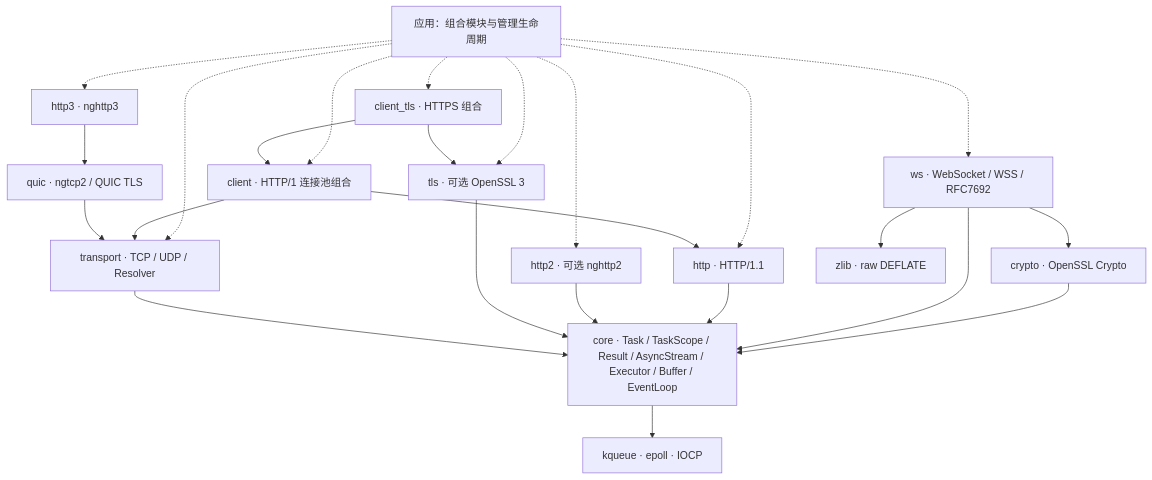
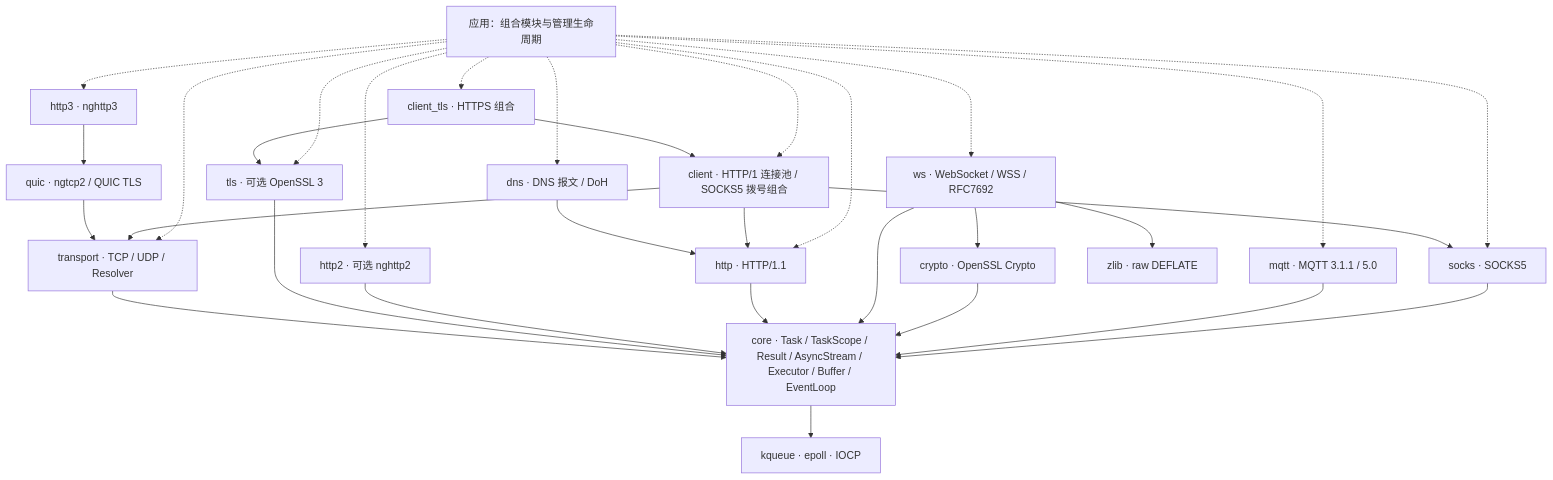
One commit to dqsjqian/Mira changed the diagram in README.md. Above: the diagram before and after it, drawn with Mermaid. The commit also changed other lines of this file and 3 other files, not shown here.

First line of the commit message:
docs: record the delivered 0-RTT, Expect, SOCKS5, DoH and MQTT phase

````diff
--- a/README.md
+++ b/README.md
@@ -80,27 +80,34 @@
 ```mermaid
 flowchart TB
     App[应用：组合模块与管理生命周期]
     App -.-> HTTP[http · HTTP/1.1]
     App -.-> TLS[tls · 可选 OpenSSL 3]
     App -.-> TCP[transport · TCP / UDP / Resolver]
     App -.-> H2[http2 · 可选 nghttp2]
     App -.-> H3[http3 · nghttp3]
     App -.-> WS[ws · WebSocket / WSS / RFC7692]
-    App -.-> Client[client · HTTP/1 连接池组合]
+    App -.-> Client[client · HTTP/1 连接池 / SOCKS5 拨号组合]
     App -.-> ClientTLS[client_tls · HTTPS 组合]
+    App -.-> SOCKS[socks · SOCKS5]
+    App -.-> DNS[dns · DNS 报文 / DoH]
+    App -.-> MQTT[mqtt · MQTT 3.1.1 / 5.0]
     Client --> HTTP
+    Client --> SOCKS
     Client --> TCP
+    SOCKS --> Core
+    DNS --> HTTP
+    MQTT --> Core
     ClientTLS --> Client
     ClientTLS --> TLS
     WS --> Crypto[crypto · OpenSSL Crypto]
     WS --> Zlib[zlib · raw DEFLATE]
     Crypto --> Core
     WS --> Core
     HTTP --> Core[core · Task / TaskScope / Result / AsyncStream / Executor / Buffer / EventLoop]
     H2 --> Core
     H3 --> QUIC[quic · ngtcp2 / QUIC TLS]
     QUIC --> TCP
     TLS --> Core
     TCP --> Core
     Core --> Backends[kqueue · epoll · IOCP]
 ```
````
